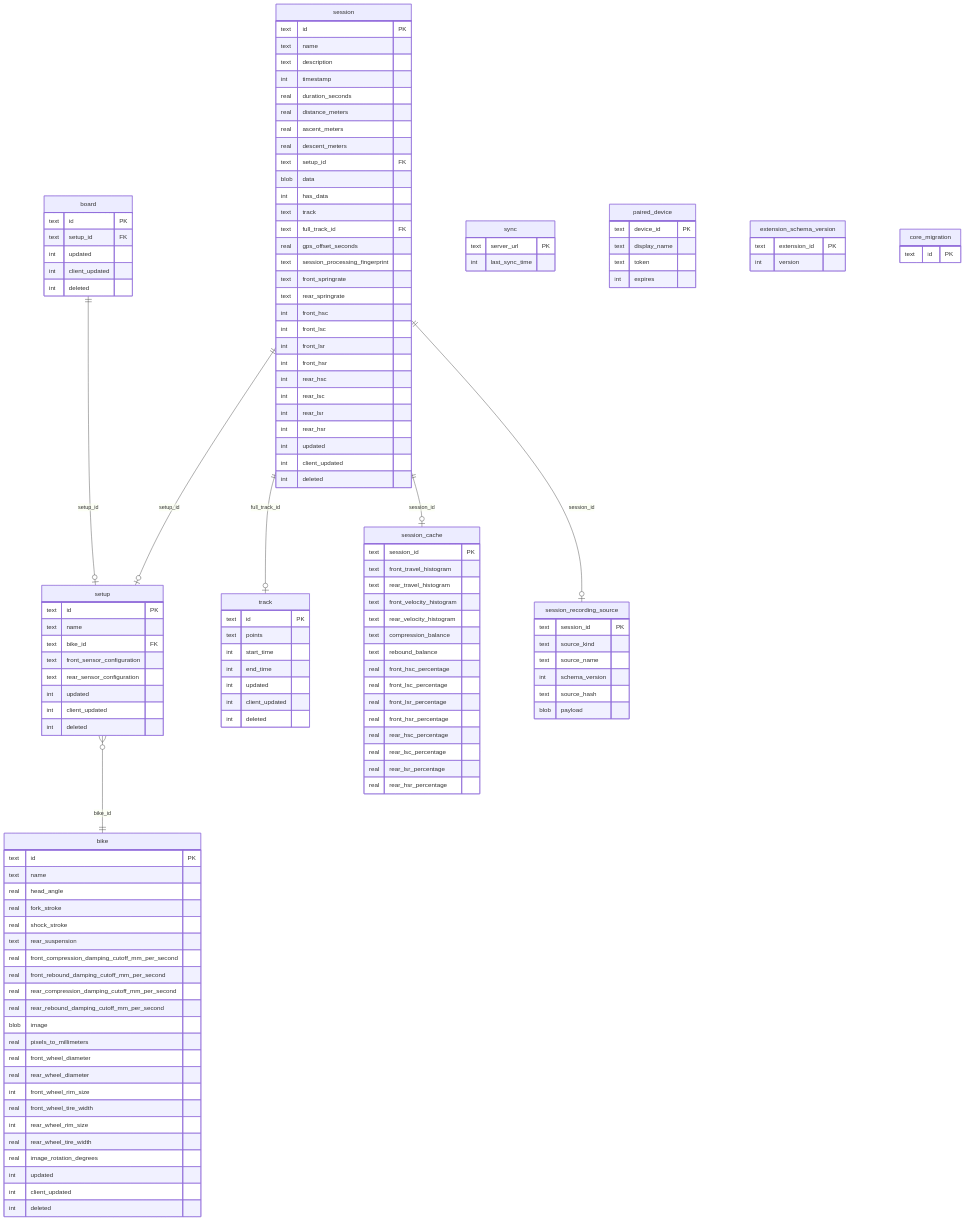
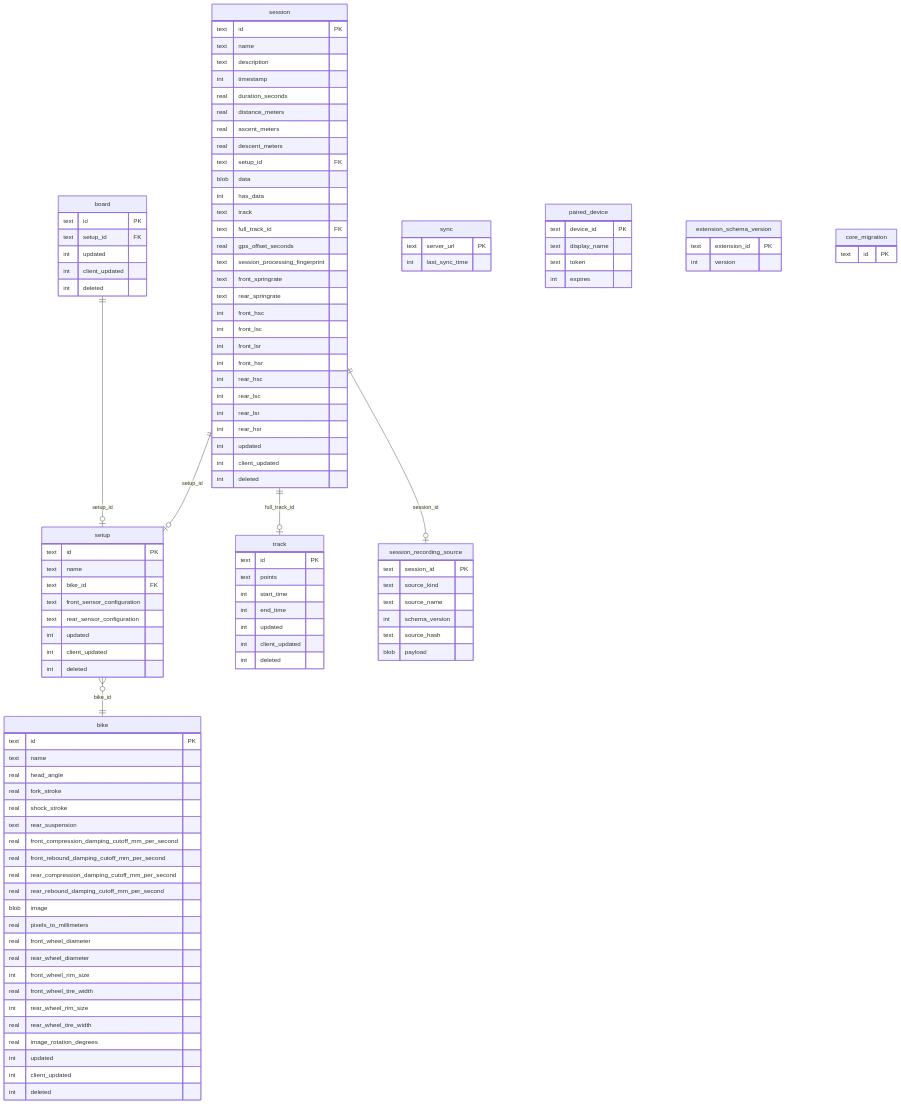
One commit to MoridinBG/Sufni.app changed the diagram in docs/architecture/persistence.md. Above: the diagram before and after it, drawn with Mermaid. The commit also changed other lines of this file and 18 other files, not shown here.

Commit message:
Remove session cache persistence

```diff
--- a/docs/architecture/persistence.md
+++ b/docs/architecture/persistence.md
@@ -8,7 +8,6 @@
 erDiagram
     session ||--o| setup : "setup_id"
     session ||--o| track : "full_track_id"
-    session ||--o| session_cache : "session_id"
     session ||--o| session_recording_source : "session_id"
     setup }o--|| bike : "bike_id"
     board ||--o| setup : "setup_id"
@@ -107,24 +106,6 @@
         int deleted
     }
 
-    session_cache {
-        text session_id PK
-        text front_travel_histogram
-        text rear_travel_histogram
-        text front_velocity_histogram
-        text rear_velocity_histogram
-        text compression_balance
-        text rebound_balance
-        real front_hsc_percentage
-        real front_lsc_percentage
-        real front_lsr_percentage
-        real front_hsr_percentage
-        real rear_hsc_percentage
-        real rear_lsc_percentage
-        real rear_lsr_percentage
-        real rear_hsr_percentage
-    }
-
     sync {
         text server_url PK
         int last_sync_time
```
